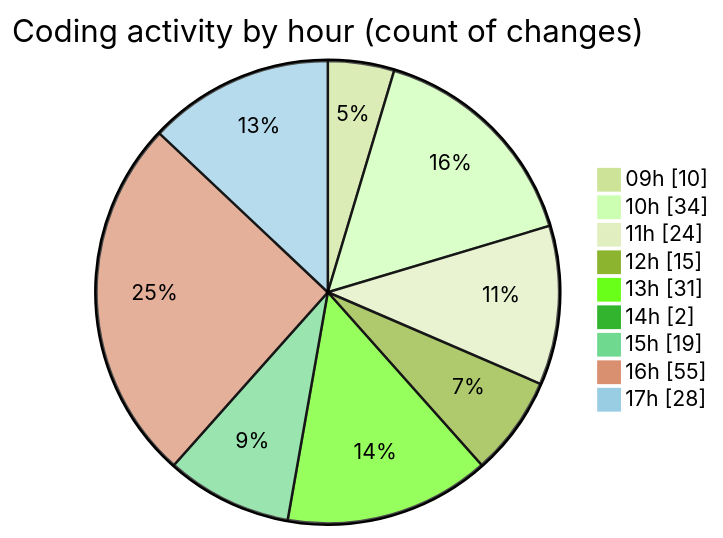
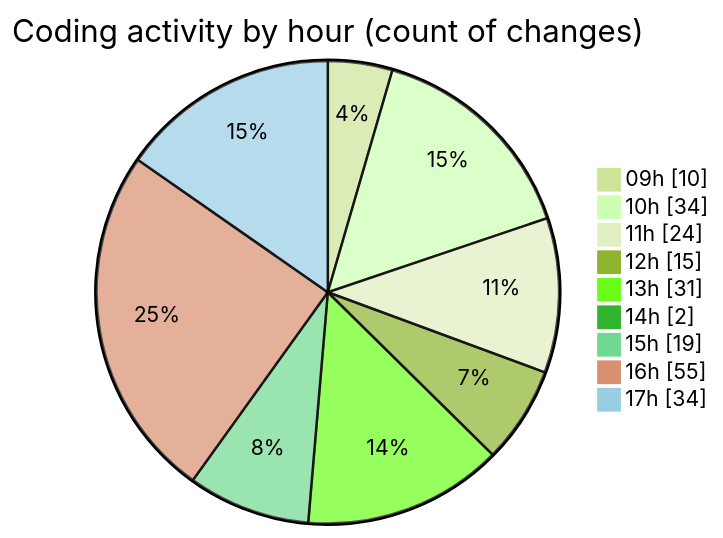
The second of 2 diagrams in 2025-09-02/cda/README.md (momahboobian/code-tracking), drawn with Mermaid (forest theme) before and after one commit. The commit also changed other lines of this file and 1 other file, not shown here.

````diff
--- a/2025-09-02/cda/README.md
+++ b/2025-09-02/cda/README.md
@@ -45,13 +45,13 @@
 ```mermaid
 pie showData
 title Coding activity by hour (count of changes)
 "09h" : 10
 "10h" : 34
 "11h" : 24
 "12h" : 15
 "13h" : 31
 "14h" : 2
 "15h" : 19
 "16h" : 55
-"17h" : 28
+"17h" : 34
 ```
````
